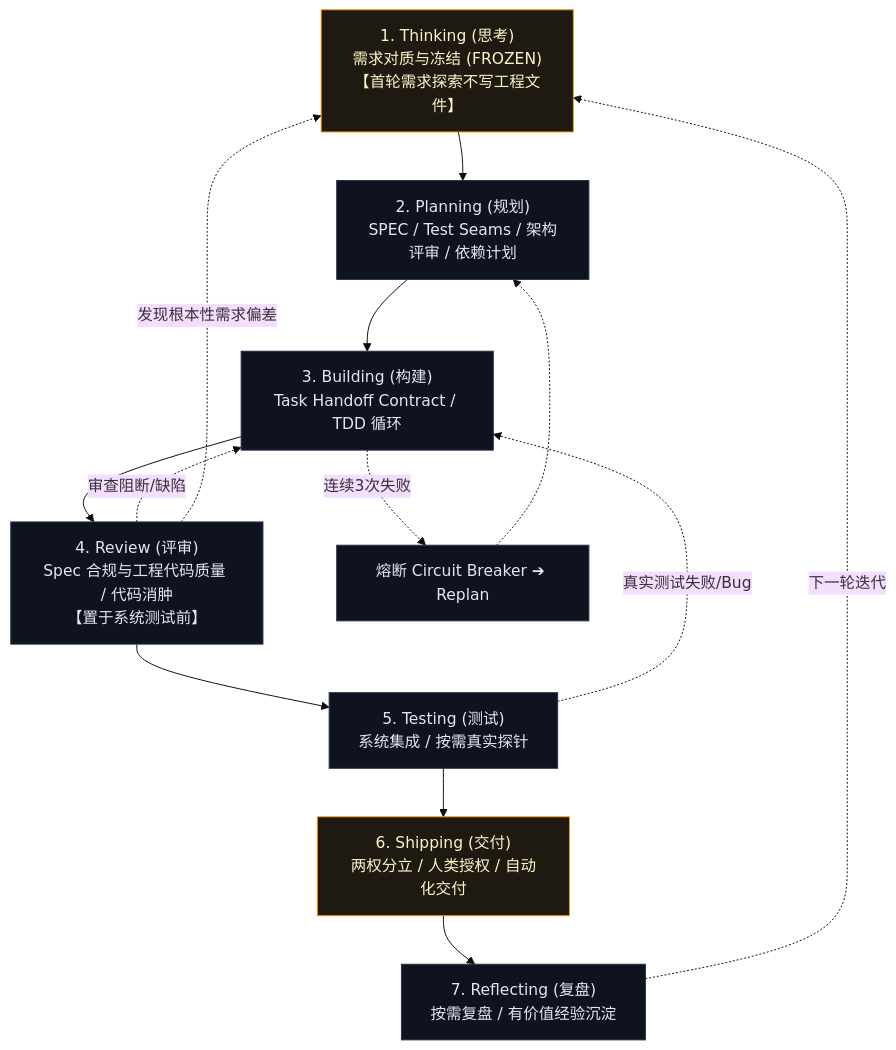
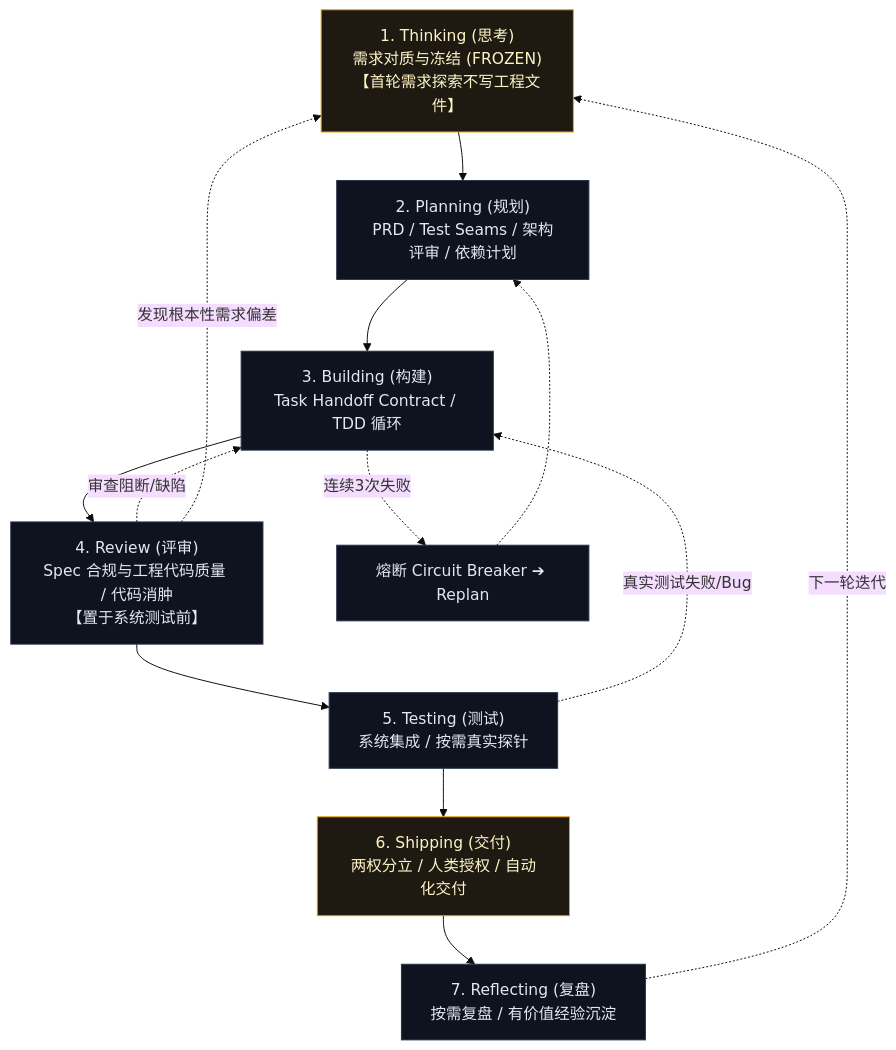
One commit to sz-xiaohuolong/vibe-workflow changed the diagram in README.zh-CN.md. Above: the diagram before and after it, drawn with Mermaid (base theme). The commit also changed other lines of this file and 44 other files, not shown here.

````diff
--- a/README.zh-CN.md
+++ b/README.zh-CN.md
@@ -76,21 +76,21 @@
 ```mermaid
 flowchart TD
-    S1["1. Thinking (思考)<br/>需求对质与冻结 (FROZEN)<br/>【首轮需求探索不写工程文件】"] --> S2["2. Planning (规划)<br/>SPEC / Test Seams / 架构评审 / 依赖计划"]
+    S1["1. Thinking (思考)<br/>需求对质与冻结 (FROZEN)<br/>【首轮需求探索不写工程文件】"] --> S2["2. Planning (规划)<br/>PRD / Test Seams / 架构评审 / 依赖计划"]
     S2 --> S3["3. Building (构建)<br/>Task Handoff Contract / TDD 循环"]
     S3 --> S4["4. Review (评审)<br/>Spec 合规与工程代码质量 / 代码消肿<br/>【置于系统测试前】"]
     S4 --> S5["5. Testing (测试)<br/>系统集成 / 按需真实探针"]
     S5 --> S6["6. Shipping (交付)<br/>两权分立 / 人类授权 / 自动化交付"]
     S6 --> S7["7. Reflecting (复盘)<br/>按需复盘 / 有价值经验沉淀"]
     S7 -.->|下一轮迭代| S1
 
     %% Failure recovery loops
     S3 -.->|连续3次失败| CB[熔断 Circuit Breaker ➔ Replan]
     CB -.-> S2
     S4 -.->|审查阻断/缺陷| S3
     S5 -.->|真实测试失败/Bug| S3
     S4 -.->|发现根本性需求偏差| S1
 
     classDef default fill:#0e131f,stroke:#26334d,color:#e2e8f0;
     classDef gate fill:#1e1a11,stroke:#f59e0b,color:#fef3c7;
     class S1,S6 gate;
 ```
````
